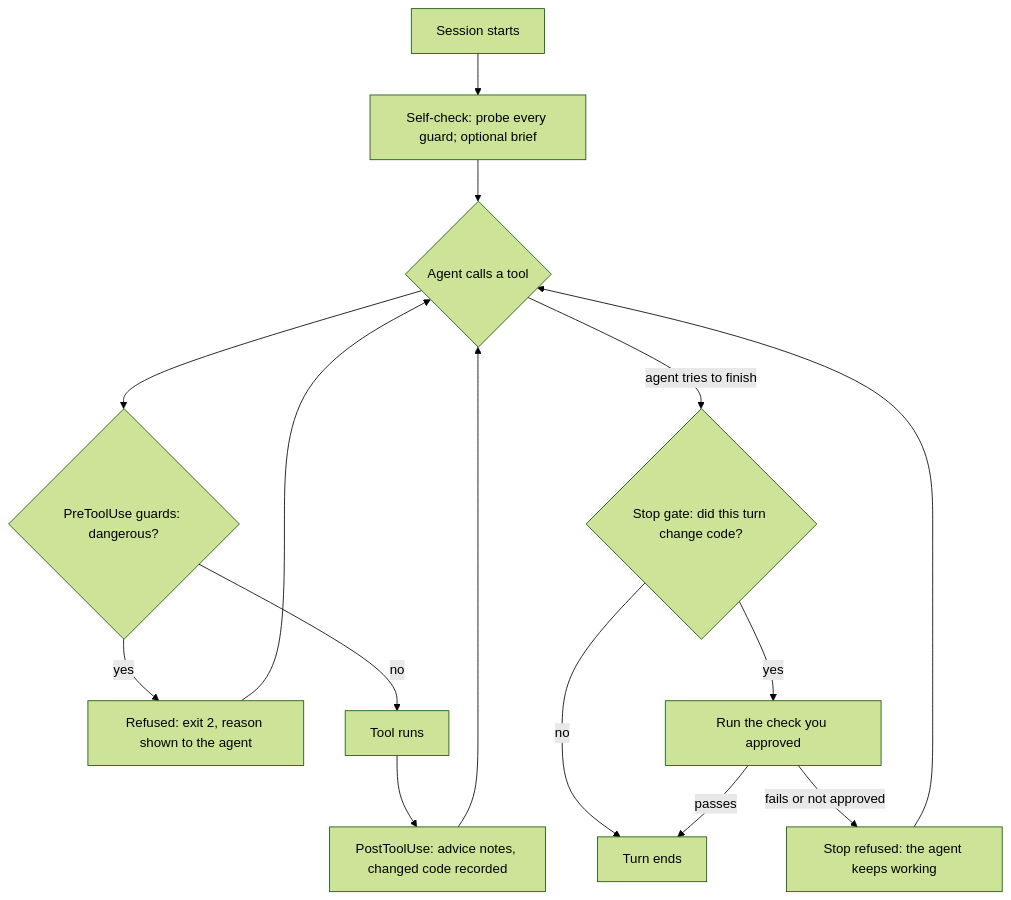
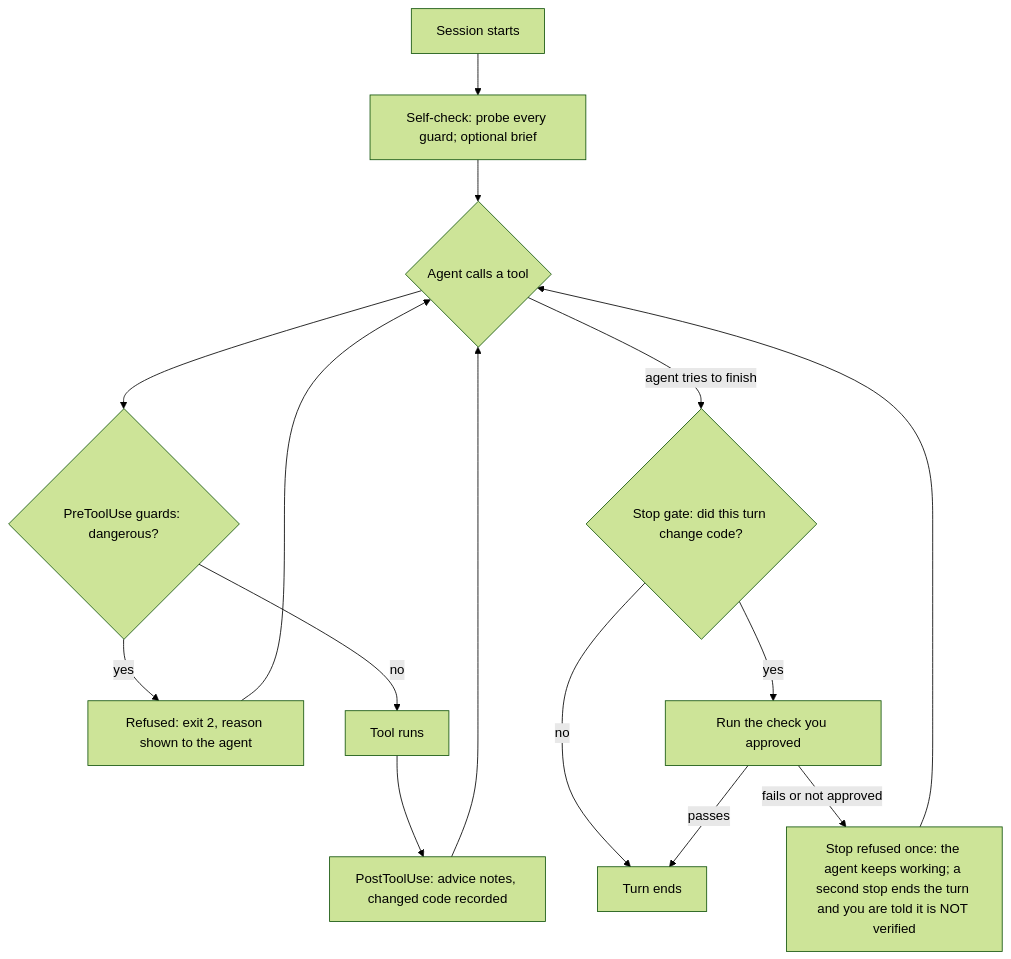
Before and after one commit to VedangP57/bendit: the diagram in README.md, drawn with Mermaid (forest theme). The commit also changed other lines of this file and 3 other files, not shown here.

````diff
--- a/README.md
+++ b/README.md
@@ -180,16 +192,16 @@
 ```mermaid
 flowchart TD
     S["Session starts"] --> C["Self-check: probe every guard; optional brief"]
     C --> T{"Agent calls a tool"}
     T --> G{"PreToolUse guards: dangerous?"}
     G -- "yes" --> R["Refused: exit 2, reason shown to the agent"]
     G -- "no" --> X["Tool runs"]
     X --> P["PostToolUse: advice notes, changed code recorded"]
     R & P --> T
     T -- "agent tries to finish" --> F{"Stop gate: did this turn change code?"}
     F -- "no" --> E["Turn ends"]
     F -- "yes" --> H["Run the check you approved"]
     H -- "passes" --> E
-    H -- "fails or not approved" --> K["Stop refused: the agent keeps working"]
+    H -- "fails or not approved" --> K["Stop refused once: the agent keeps working; a second stop ends the turn and you are told it is NOT verified"]
     K --> T
 ```
````
